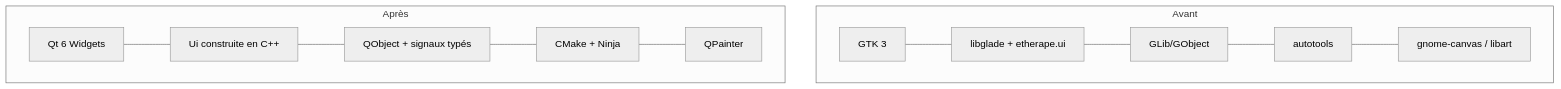
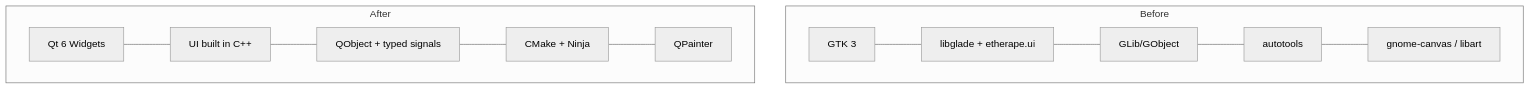
Before and after one commit to zx97/etherape2026: the second of 3 diagrams in docs/PORTING.md, drawn with Mermaid (neutral theme). The commit also changed other lines of this file and 14 other files, not shown here.

````diff
--- a/docs/PORTING.md
+++ b/docs/PORTING.md
@@ -63,15 +61,15 @@
 ```mermaid
 flowchart TB
-    subgraph Avant
+    subgraph Before
         G1[GTK 3] --- G2[libglade + etherape.ui]
         G2 --- G3[GLib/GObject]
         G3 --- G4[autotools]
         G4 --- G5[gnome-canvas / libart]
     end
-    subgraph Après
-        Q1[Qt 6 Widgets] --- Q2[Ui construite en C++]
-        Q2 --- Q3[QObject + signaux typés]
+    subgraph After
+        Q1[Qt 6 Widgets] --- Q2[UI built in C++]
+        Q2 --- Q3[QObject + typed signals]
         Q3 --- Q4[CMake + Ninja]
         Q4 --- Q5[QPainter]
     end
 ```
````
